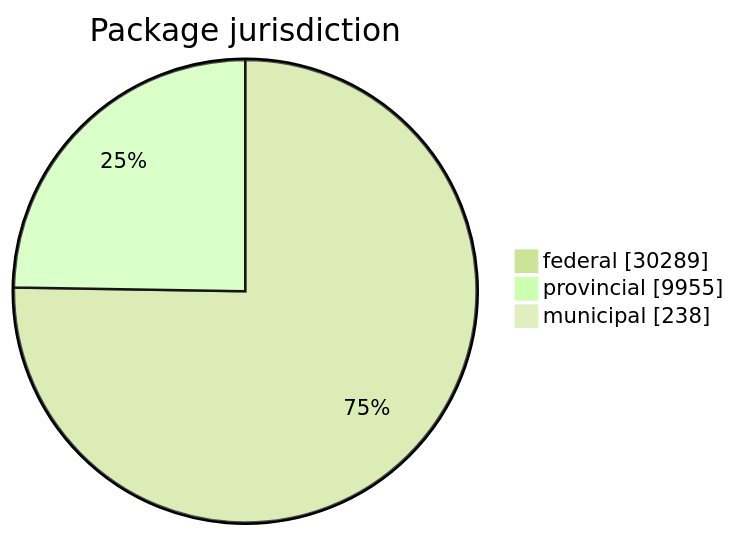
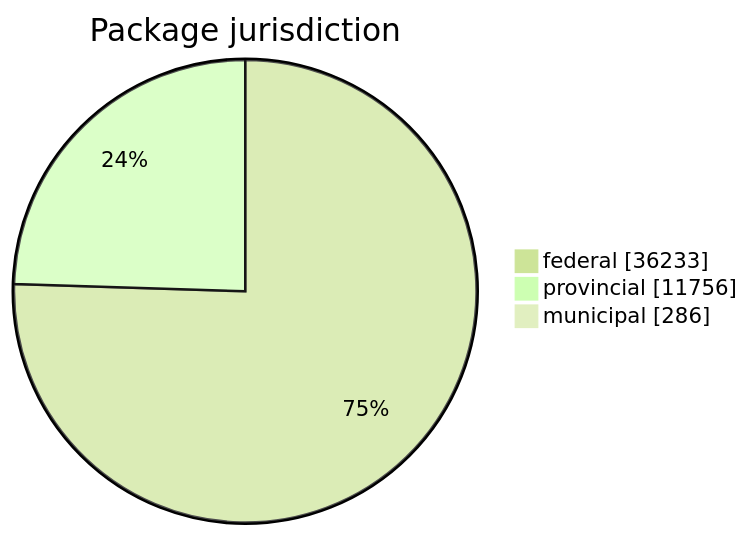
Before and after one commit to open-data/analytics-corporate-reporting: the first of 5 diagrams in FreshCheck/README.md, drawn with Mermaid (forest theme). The commit also changed other lines of this file and 3 other files, not shown here.

````diff
--- a/FreshCheck/README.md
+++ b/FreshCheck/README.md
@@ -60,6 +60,6 @@
 ```mermaid
 pie showData title Package jurisdiction
-    "federal": 30289
-    "provincial": 9955
-    "municipal": 238
+    "federal": 36233
+    "provincial": 11756
+    "municipal": 286
 ```
````
